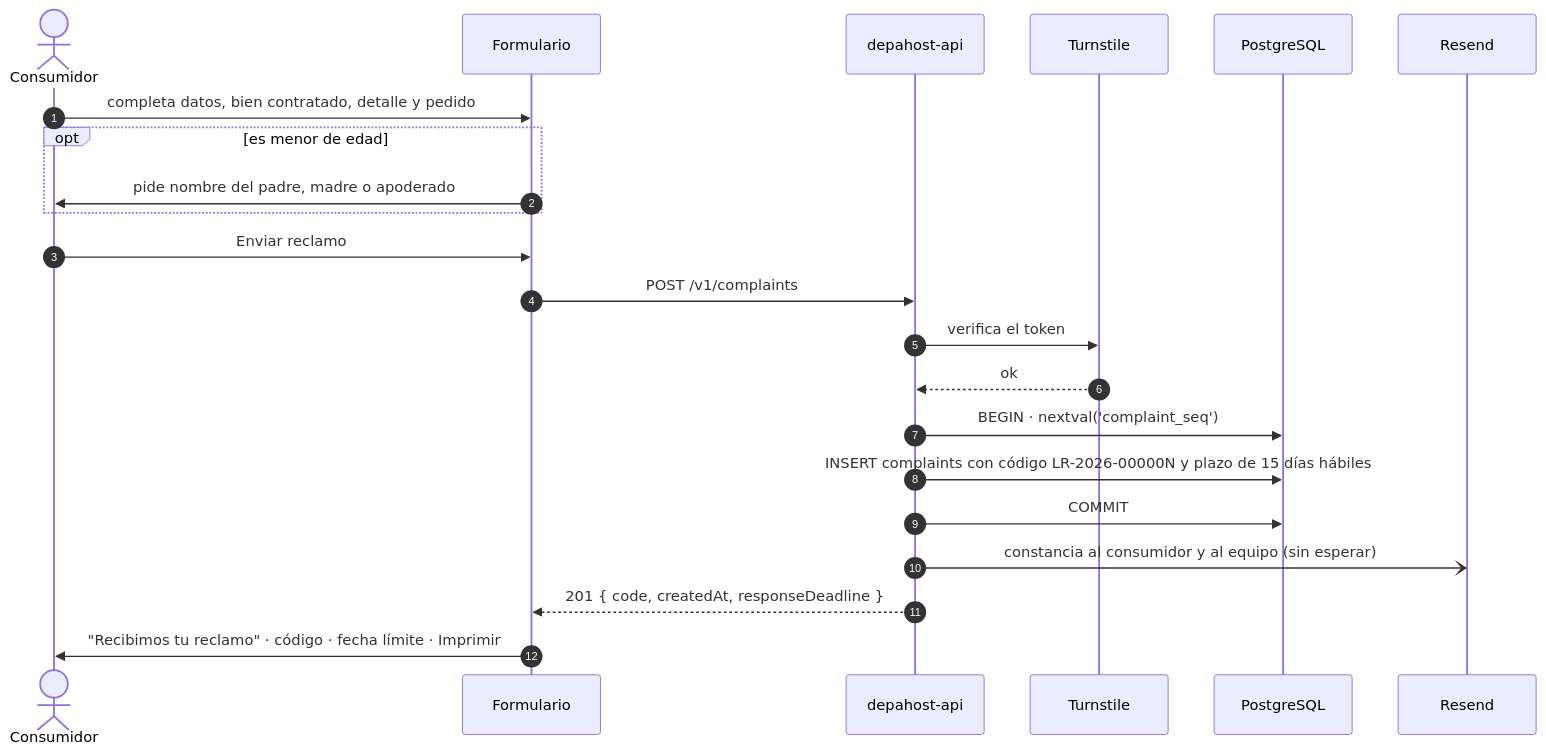
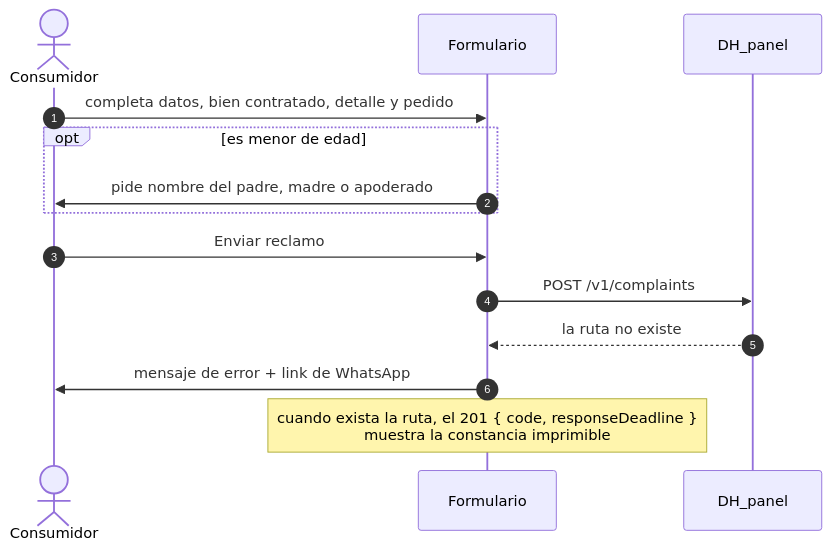
Before and after one commit to samirharrytl/DHC_landing: diagram 14 of 16 in docs/plataforma/05-flujos.md, drawn with Mermaid. The commit also changed other lines of this file and 94 other files, not shown here.

````diff
--- a/docs/plataforma/05-flujos.md
+++ b/docs/plataforma/05-flujos.md
@@ -536,25 +535,17 @@
 ```mermaid
 sequenceDiagram
     autonumber
     actor C as Consumidor
     participant F as Formulario
-    participant API as depahost-api
-    participant TS as Turnstile
-    participant DB as PostgreSQL
-    participant M as Resend
+    participant P as DH_panel
 
     C->>F: completa datos, bien contratado, detalle y pedido
     opt es menor de edad
         F->>C: pide nombre del padre, madre o apoderado
     end
     C->>F: Enviar reclamo
-    F->>API: POST /v1/complaints
-    API->>TS: verifica el token
-    TS-->>API: ok
-    API->>DB: BEGIN · nextval('complaint_seq')
-    API->>DB: INSERT complaints con código LR-2026-00000N y plazo de 15 días hábiles
-    API->>DB: COMMIT
-    API-)M: constancia al consumidor y al equipo (sin esperar)
-    API-->>F: 201 { code, createdAt, responseDeadline }
-    F->>C: "Recibimos tu reclamo" · código · fecha límite · Imprimir
+    F->>P: POST /v1/complaints
+    P-->>F: la ruta no existe
+    F->>C: mensaje de error + link de WhatsApp
+    Note over F: cuando exista la ruta, el 201 { code, responseDeadline }<br/>muestra la constancia imprimible
 ```
````
